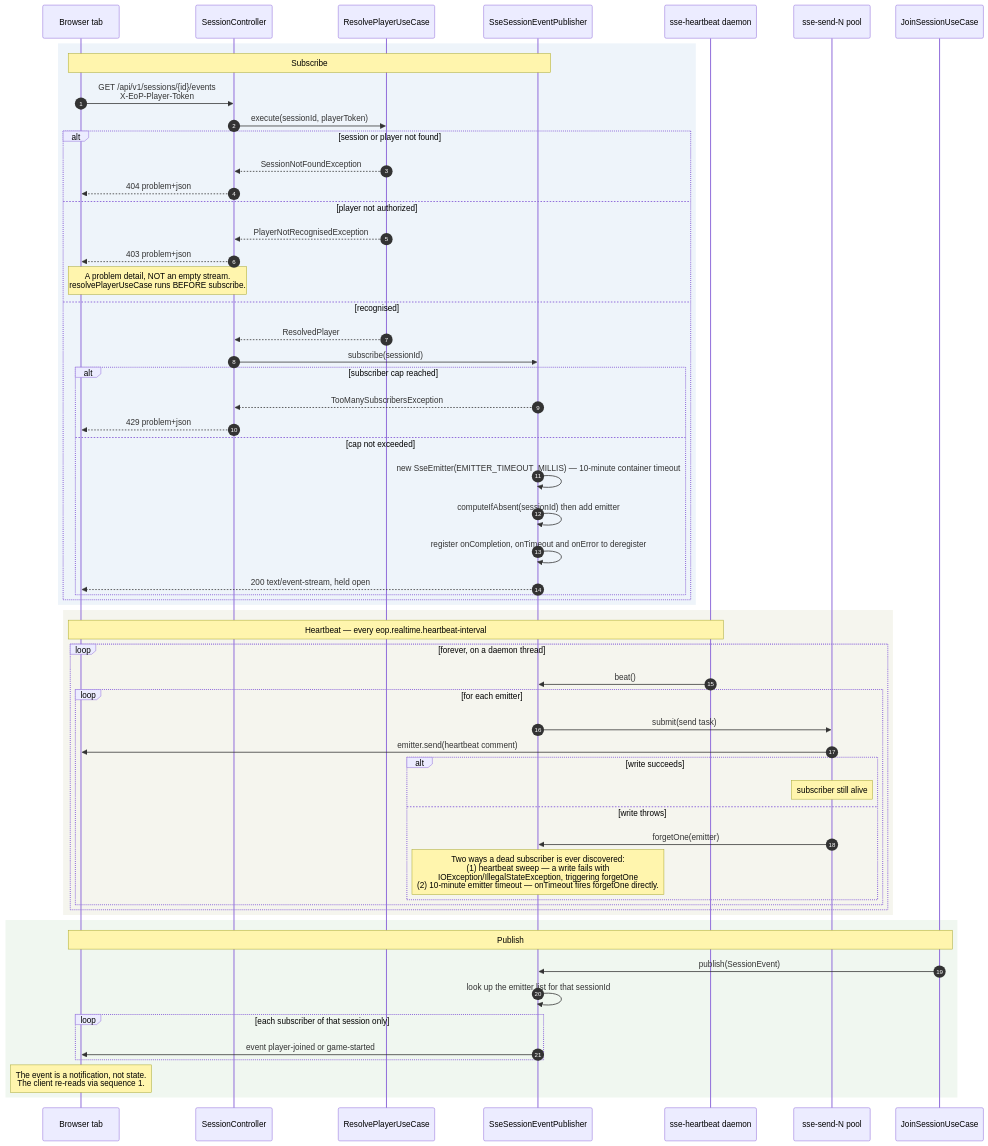
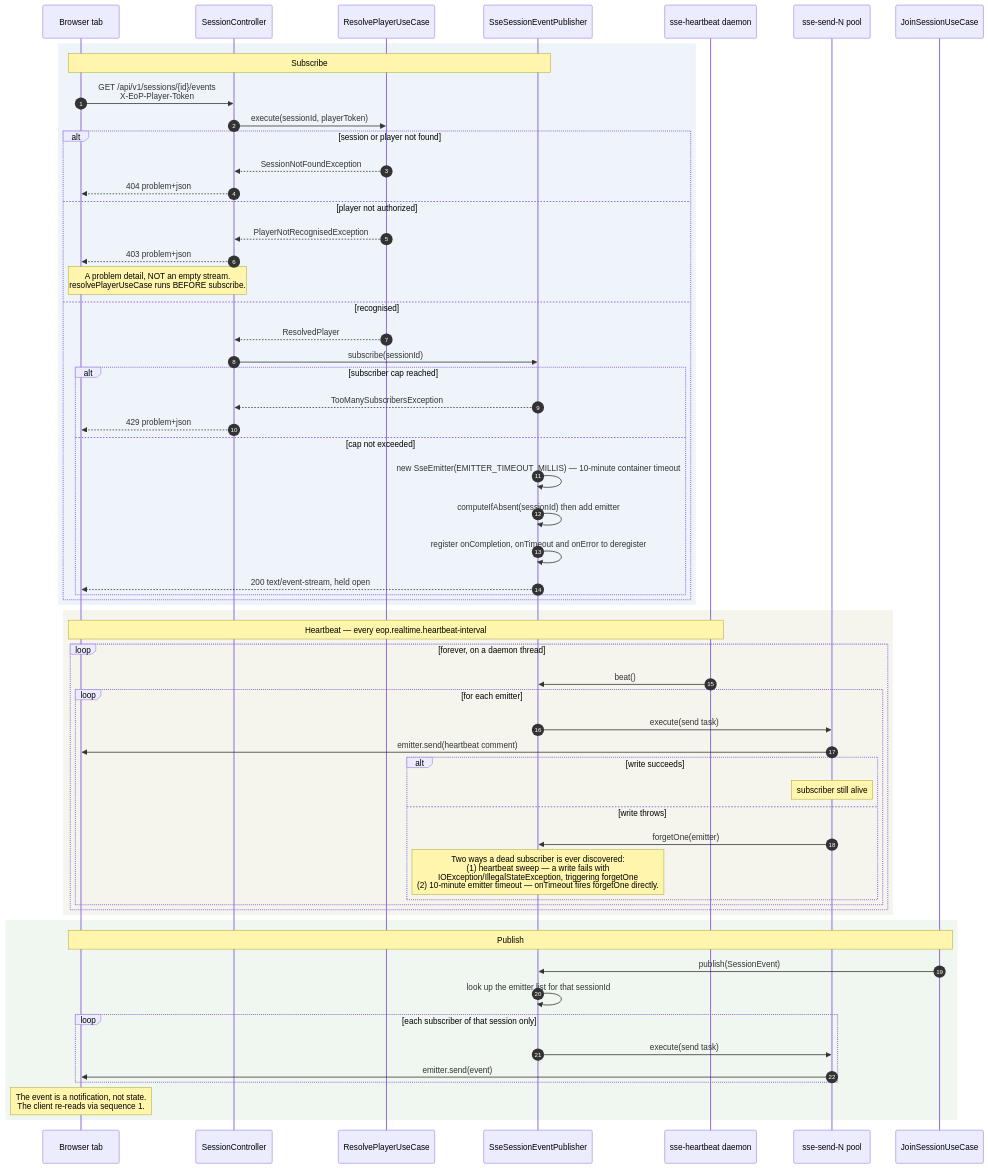
Before and after one commit to maglez/eop-threat-medeling: the second of 12 diagrams in docs/architecture/runtime-view.md, drawn with Mermaid. The commit also changed 3 other files, not shown here.

First line of the commit message:
[EOP-225] docs: amend ADR-034 for the elastic SSE send pool

````diff
--- a/docs/architecture/runtime-view.md
+++ b/docs/architecture/runtime-view.md
@@ -284,65 +284,66 @@
 ```mermaid
 sequenceDiagram
     autonumber
     participant BR as Browser tab
     participant SC as SessionController
     participant RP as ResolvePlayerUseCase
     participant PUB as SseSessionEventPublisher
     participant HB as sse-heartbeat daemon
     participant POOL as sse-send-N pool
     participant JU as JoinSessionUseCase
 
     rect rgb(238, 244, 250)
     Note over BR,PUB: Subscribe
     BR->>SC: GET /api/v1/sessions/{id}/events<br/>X-EoP-Player-Token
     SC->>RP: execute(sessionId, playerToken)
 
     alt session or player not found
         RP-->>SC: SessionNotFoundException
         SC-->>BR: 404 problem+json
     else player not authorized
         RP-->>SC: PlayerNotRecognisedException
         SC-->>BR: 403 problem+json
         Note over BR,SC: A problem detail, NOT an empty stream.<br/>resolvePlayerUseCase runs BEFORE subscribe.
     else recognised
         RP-->>SC: ResolvedPlayer
         SC->>PUB: subscribe(sessionId)
         alt subscriber cap reached
             PUB-->>SC: TooManySubscribersException
             SC-->>BR: 429 problem+json
         else cap not exceeded
             PUB->>PUB: new SseEmitter(EMITTER_TIMEOUT_MILLIS) — 10-minute container timeout
             PUB->>PUB: computeIfAbsent(sessionId) then add emitter
             PUB->>PUB: register onCompletion, onTimeout and onError to deregister
             PUB-->>BR: 200 text/event-stream, held open
         end
     end
     end
 
     rect rgb(245, 245, 238)
     Note over HB,BR: Heartbeat — every eop.realtime.heartbeat-interval
     loop forever, on a daemon thread
         HB->>PUB: beat()
         loop for each emitter
-            PUB->>POOL: submit(send task)
+            PUB->>POOL: execute(send task)
             POOL->>BR: emitter.send(heartbeat comment)
             alt write succeeds
                 Note over POOL: subscriber still alive
             else write throws
                 POOL->>PUB: forgetOne(emitter)
                 Note over PUB: Two ways a dead subscriber is ever discovered:<br/>(1) heartbeat sweep — a write fails with<br/>IOException/IllegalStateException, triggering forgetOne<br/>(2) 10-minute emitter timeout — onTimeout fires forgetOne directly.
             end
         end
     end
     end
 
     rect rgb(240, 247, 240)
     Note over JU,BR: Publish
     JU->>PUB: publish(SessionEvent)
     PUB->>PUB: look up the emitter list for that sessionId
     loop each subscriber of that session only
-        PUB->>BR: event player-joined or game-started
+        PUB->>POOL: execute(send task)
+        POOL->>BR: emitter.send(event)
     end
     Note over BR: The event is a notification, not state.<br/>The client re-reads via sequence 1.
     end
 ```
````
